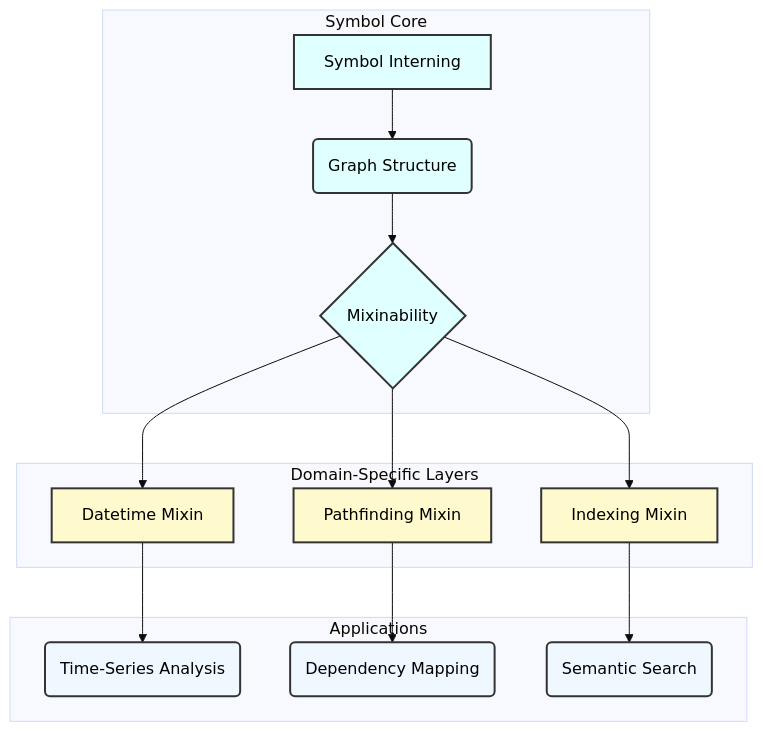
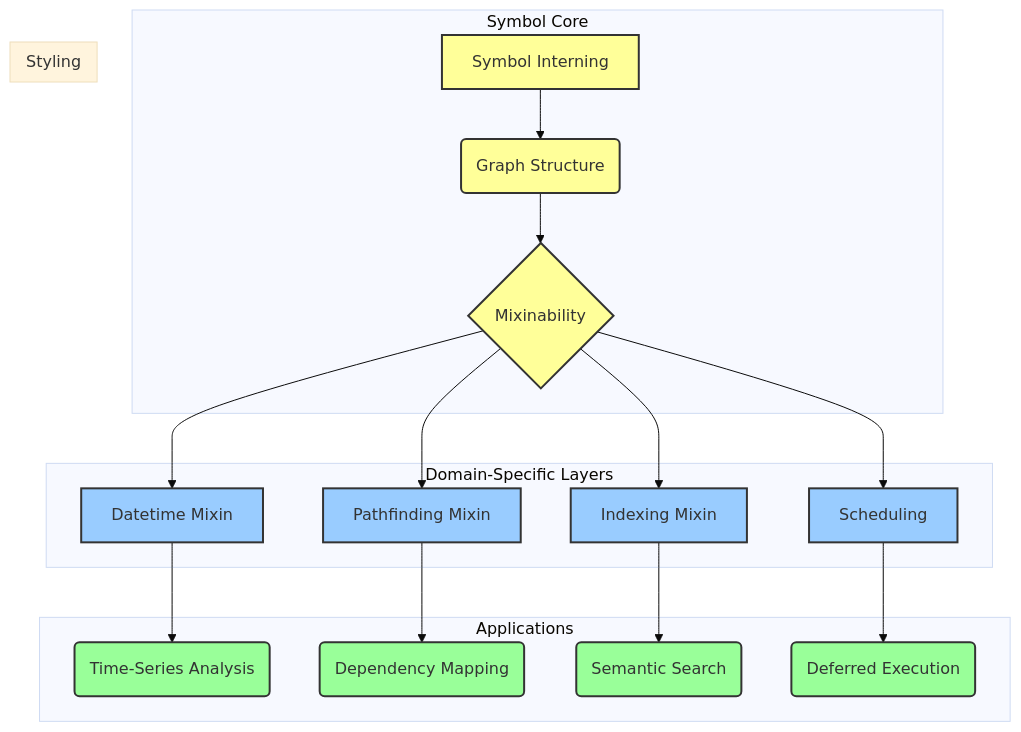
One commit to ikko/sym changed the diagram in docs/1_quick_guide.md. Above: the diagram before and after it, drawn with Mermaid (base theme). The commit also changed other lines of this file and 6 other files, not shown here.

````diff
--- a/docs/1_quick_guide.md
+++ b/docs/1_quick_guide.md
@@ -78,31 +78,35 @@
 ```mermaid
 graph TD
     subgraph Symbol Core
         A[Symbol Interning] --> B(Graph Structure)
         B --> C{Mixinability}
     end
 
     subgraph Domain-Specific Layers
         C --> D[Datetime Mixin]
         C --> E[Pathfinding Mixin]
         C --> F[Indexing Mixin]
+        C --> G[Scheduling]
     end
 
     subgraph Applications
-        D --> G(Time-Series Analysis)
-        E --> H(Dependency Mapping)
-        F --> I(Semantic Search)
+        D --> H(Time-Series Analysis)
+        E --> I(Dependency Mapping)
+        F --> J(Semantic Search)
+        G --> K(Deferred Execution)
     end
 
-    style A fill:#E0FFFF,stroke:#333,stroke-width:2px,color:#000000
-    style B fill:#E0FFFF,stroke:#333,stroke-width:2px,color:#000000
-    style C fill:#E0FFFF,stroke:#333,stroke-width:2px,color:#000000
-
-    style D fill:#FFFACD,stroke:#333,stroke-width:2px,color:#000000
-    style E fill:#FFFACD,stroke:#333,stroke-width:2px,color:#000000
-    style F fill:#FFFACD,stroke:#333,stroke-width:2px,color:#000000
-
-    style G fill:#F0F8FF,stroke:#333,stroke-width:2px,color:#000000
-    style H fill:#F0F8FF,stroke:#333,stroke-width:2px,color:#000000
-    style I fill:#F0F8FF,stroke:#333,stroke-width:2px,color:#000000
+    subgraph "Styling"
+        style A fill:#ff9,stroke:#333,stroke-width:2px
+        style B fill:#ff9,stroke:#333,stroke-width:2px
+        style C fill:#ff9,stroke:#333,stroke-width:2px
+        style D fill:#9cf,stroke:#333,stroke-width:2px
+        style E fill:#9cf,stroke:#333,stroke-width:2px
+        style F fill:#9cf,stroke:#333,stroke-width:2px
+        style G fill:#9cf,stroke:#333,stroke-width:2px
+        style H fill:#9f9,stroke:#333,stroke-width:2px
+        style I fill:#9f9,stroke:#333,stroke-width:2px
+        style J fill:#9f9,stroke:#333,stroke-width:2px
+        style K fill:#9f9,stroke:#333,stroke-width:2px
+    end
 ```
````
